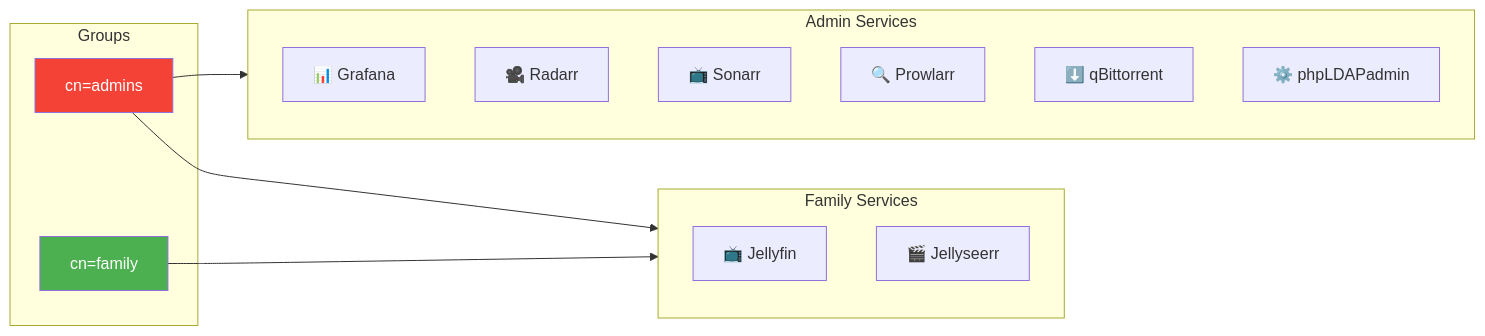
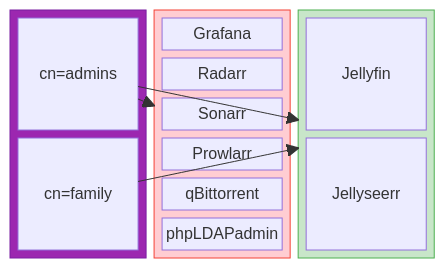
Before and after one commit to Mykyta-Home-Server/homeserver: the fourth of 4 diagrams in docs-site/src/content/docs/guides/ldap.mdx, drawn with Mermaid. The commit also changed other lines of this file and 2 other files, not shown here.

First line of the commit message:
Redesign all Mermaid diagrams using block and architecture syntax

````diff
--- a/docs-site/src/content/docs/guides/ldap.mdx
+++ b/docs-site/src/content/docs/guides/ldap.mdx
@@ -206,28 +238,34 @@
 ```mermaid
-flowchart LR
-    subgraph Groups
-        Admins[cn=admins]
-        Family[cn=family]
+block-beta
+    columns 3
+
+    block:groups:1
+        columns 1
+        g1["cn=admins"]
+        g2["cn=family"]
     end
 
-    subgraph AdminServices["Admin Services"]
-        Grafana[📊 Grafana]
-        Radarr[🎥 Radarr]
-        Sonarr[📺 Sonarr]
-        Prowlarr[🔍 Prowlarr]
-        QB[⬇️ qBittorrent]
-        LDAPADMIN[⚙️ phpLDAPadmin]
+    block:admin:1
+        columns 1
+        a1["Grafana"]
+        a2["Radarr"]
+        a3["Sonarr"]
+        a4["Prowlarr"]
+        a5["qBittorrent"]
+        a6["phpLDAPadmin"]
     end
 
-    subgraph FamilyServices["Family Services"]
-        JF[📺 Jellyfin]
-        JS[🎬 Jellyseerr]
+    block:family:1
+        columns 1
+        f1["Jellyfin"]
+        f2["Jellyseerr"]
     end
 
-    Admins --> AdminServices
-    Admins --> FamilyServices
-    Family --> FamilyServices
+    g1 --> admin
+    g1 --> family
+    g2 --> family
 
-    style Admins fill:#f44336,color:#fff
-    style Family fill:#4caf50,color:#fff
+    style groups fill:#9c27b0,stroke:#7b1fa2
+    style admin fill:#ffcdd2,stroke:#f44336
+    style family fill:#c8e6c9,stroke:#4caf50
 ```
````
